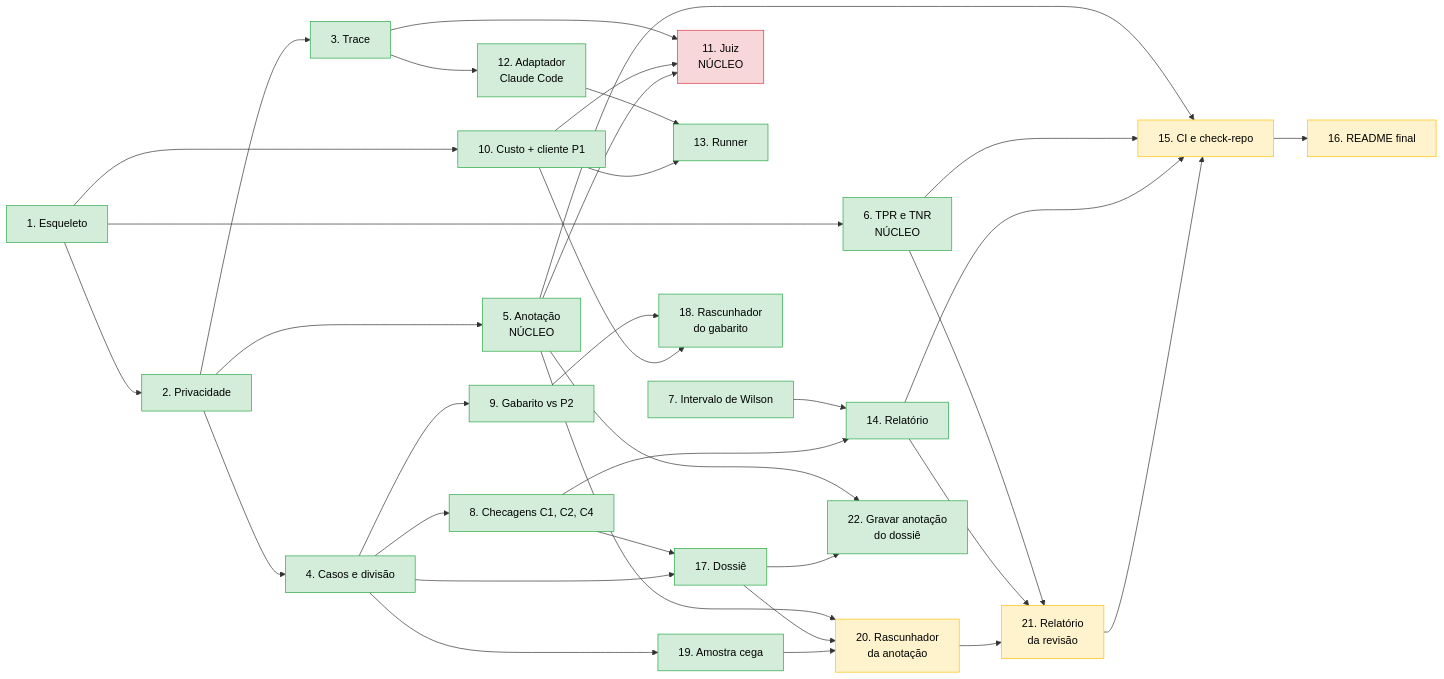
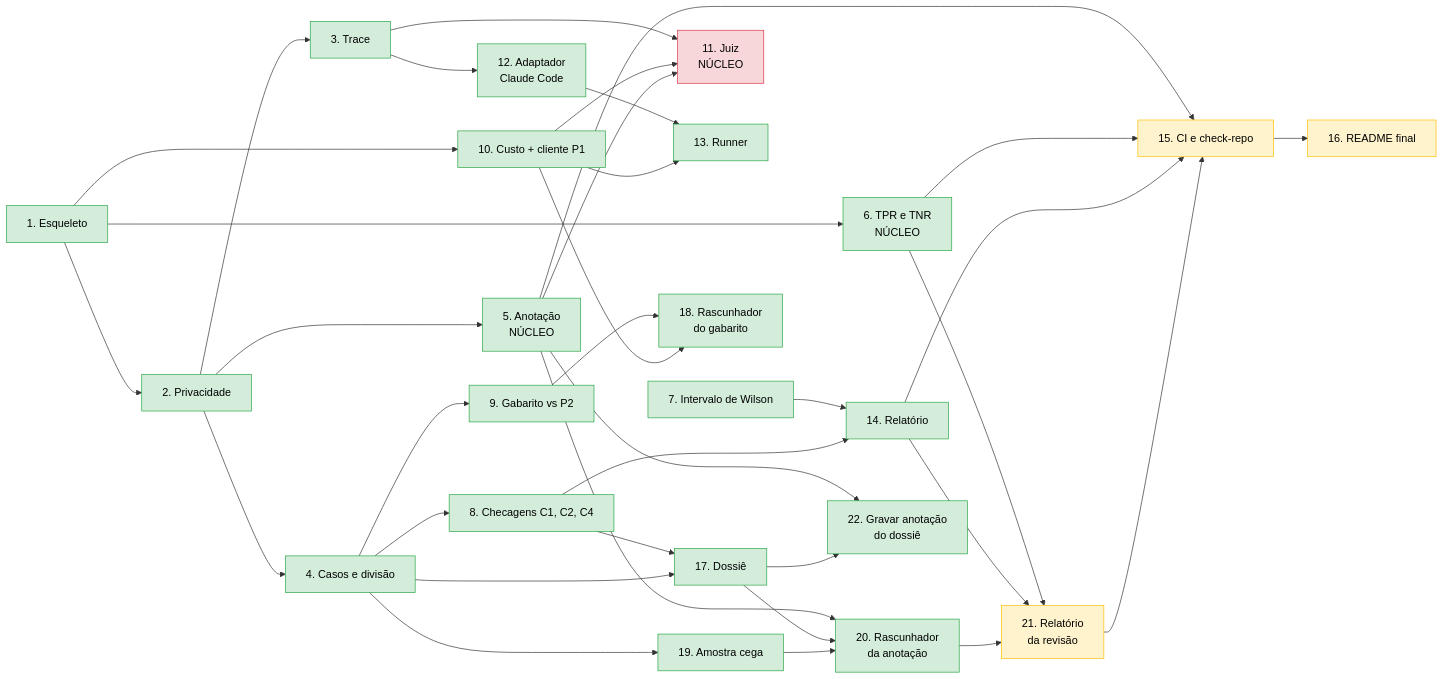
One commit to CristianonCarvalho/harness-p3-evals changed the diagram in docs/diagramas/09-ordem-das-tarefas.md. Above: the diagram before and after it, drawn with Mermaid. The commit also changed other lines of this file and 2 other files, not shown here.

Commit message:
Passo 35: confirmacao real do rascunhador da anotacao
1 trace real (US$ 0,0009): rascunho aceito pelo validador e igual a
anotacao humana desse trace. Nota do passo, README e diagrama 09.

````diff
--- a/docs/diagramas/09-ordem-das-tarefas.md
+++ b/docs/diagramas/09-ordem-das-tarefas.md
@@ -5,49 +5,49 @@
 ```mermaid
 flowchart LR
     t1["1. Esqueleto"] --> t2["2. Privacidade"]
     t2 --> t3["3. Trace"]
     t2 --> t4["4. Casos e divisão"]
     t4 --> t8["8. Checagens C1, C2, C4"]
     t7["7. Intervalo de Wilson"] --> t14["14. Relatório"]
     t8 --> t14
     t4 --> t9["9. Gabarito vs P2"]
     t1 --> t10["10. Custo + cliente P1"]
 
     t2 --> t5["5. Anotação<br/>NÚCLEO"]
     t1 --> t6["6. TPR e TNR<br/>NÚCLEO"]
     t3 --> t11["11. Juiz<br/>NÚCLEO"]
     t10 --> t11
     t5 --> t11
 
     t3 --> t12["12. Adaptador<br/>Claude Code"]
     t12 --> t13["13. Runner"]
     t10 --> t13
 
     t5 --> t15["15. CI e check-repo"]
     t6 --> t15
     t14 --> t15
     t15 --> t16["16. README final"]
 
     t8 --> t17["17. Dossiê"]
     t4 --> t17
     t9 --> t18["18. Rascunhador<br/>do gabarito"]
     t10 --> t18
     t4 --> t19["19. Amostra cega"]
     t5 --> t20["20. Rascunhador<br/>da anotação"]
     t17 --> t20
     t19 --> t20
     t6 --> t21["21. Relatório<br/>da revisão"]
     t14 --> t21
     t20 --> t21
     t21 --> t15
     t5 --> t22["22. Gravar anotação<br/>do dossiê"]
     t17 --> t22
 
     classDef feito fill:#d4edda,stroke:#28a745,color:#000
     classDef falta fill:#fff3cd,stroke:#ffc107,color:#000
     classDef seu fill:#f8d7da,stroke:#dc3545,color:#000
 
-    class t1,t2,t3,t4,t5,t6,t7,t8,t9,t10,t12,t13,t14,t17,t18,t19,t22 feito
-    class t15,t16,t20,t21 falta
+    class t1,t2,t3,t4,t5,t6,t7,t8,t9,t10,t12,t13,t14,t17,t18,t19,t20,t22 feito
+    class t15,t16,t21 falta
     class t11 seu
 ```
````
